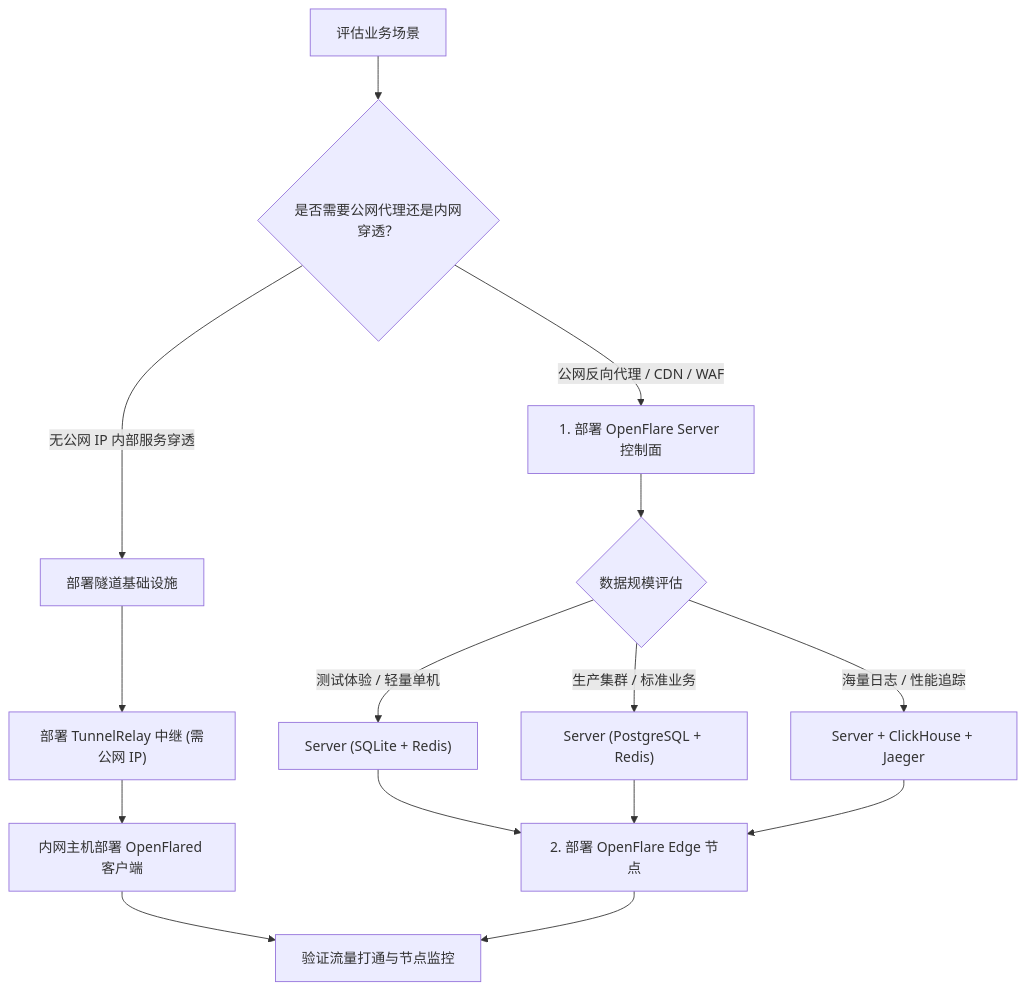
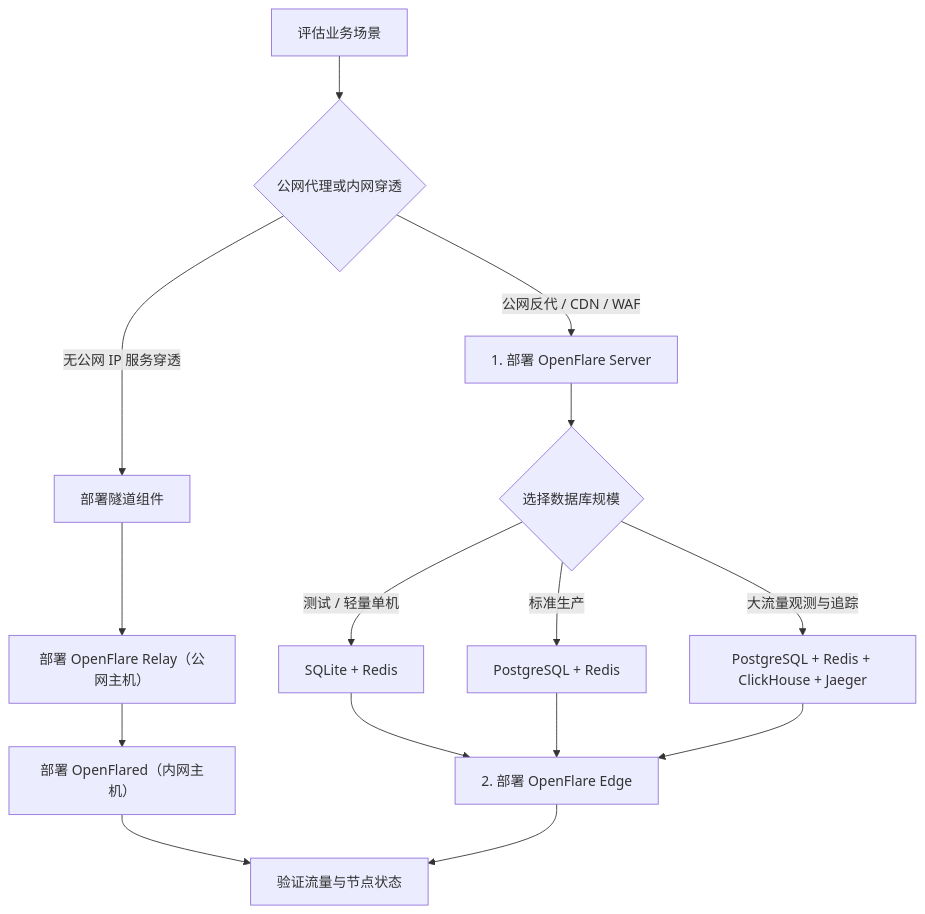
Before and after one commit to Rain-kl/OpenFlare: the diagram in docs/deployment/index.md, drawn with Mermaid. The commit also changed other lines of this file and 123 other files, not shown here.

````diff
--- a/docs/deployment/index.md
+++ b/docs/deployment/index.md
@@ -19,20 +17,20 @@
 ```mermaid
 flowchart TD
-    Start["评估业务场景"] --> Mode{"是否需要公网代理还是内网穿透？"}
-    Mode -->|"公网反向代理 / CDN / WAF"| DeployServer["1. 部署 OpenFlare Server 控制面"]
-    Mode -->|"无公网 IP 内部服务穿透"| DeployTunnel["部署隧道基础设施"]
-    
-    DeployServer --> ServerDB{"数据规模评估"}
-    ServerDB -->|"测试体验 / 轻量单机"| ServerLite["Server (SQLite + Redis)"]
-    ServerDB -->|"生产集群 / 标准业务"| ServerProd["Server (PostgreSQL + Redis)"]
-    ServerDB -->|"海量日志 / 性能追踪"| ServerCluster["Server + ClickHouse + Jaeger"]
-    
-    ServerLite --> DeployEdge["2. 部署 OpenFlare Edge 节点"]
+    Start["评估业务场景"] --> Mode{"公网代理或内网穿透"}
+    Mode -->|"公网反代 / CDN / WAF"| DeployServer["1. 部署 OpenFlare Server"]
+    Mode -->|"无公网 IP 服务穿透"| DeployTunnel["部署隧道组件"]
+
+    DeployServer --> ServerDB{"选择数据库规模"}
+    ServerDB -->|"测试 / 轻量单机"| ServerLite["SQLite + Redis"]
+    ServerDB -->|"标准生产"| ServerProd["PostgreSQL + Redis"]
+    ServerDB -->|"大流量观测与追踪"| ServerCluster["PostgreSQL + Redis + ClickHouse + Jaeger"]
+
+    ServerLite --> DeployEdge["2. 部署 OpenFlare Edge"]
     ServerProd --> DeployEdge
     ServerCluster --> DeployEdge
-    
-    DeployTunnel --> DeployRelay["部署 TunnelRelay 中继 (需公网 IP)"]
-    DeployRelay --> DeployClient["内网主机部署 OpenFlared 客户端"]
-    DeployClient --> Finish["验证流量打通与节点监控"]
+
+    DeployTunnel --> DeployRelay["部署 OpenFlare Relay（公网主机）"]
+    DeployRelay --> DeployClient["部署 OpenFlared（内网主机）"]
+    DeployClient --> Finish["验证流量与节点状态"]
     DeployEdge --> Finish
 ```
````
